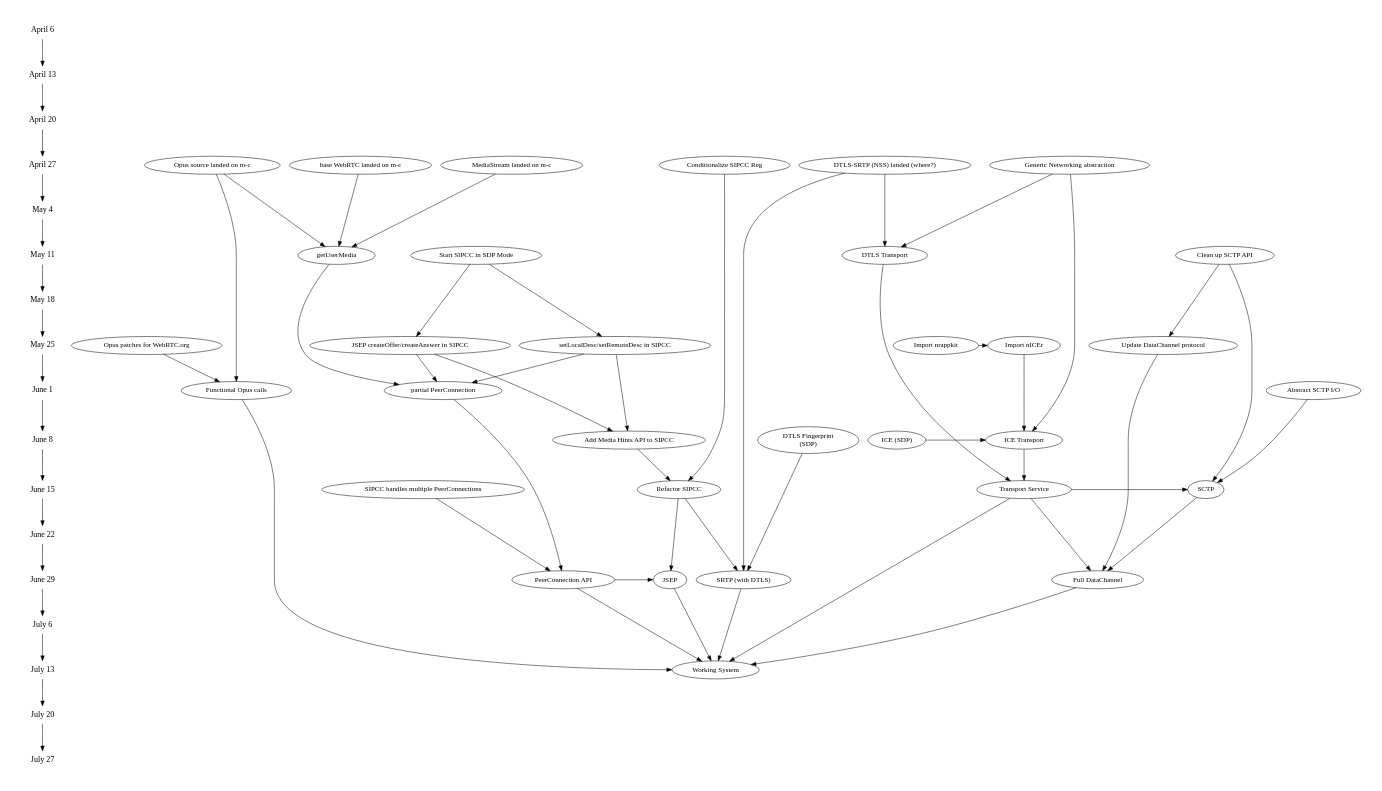
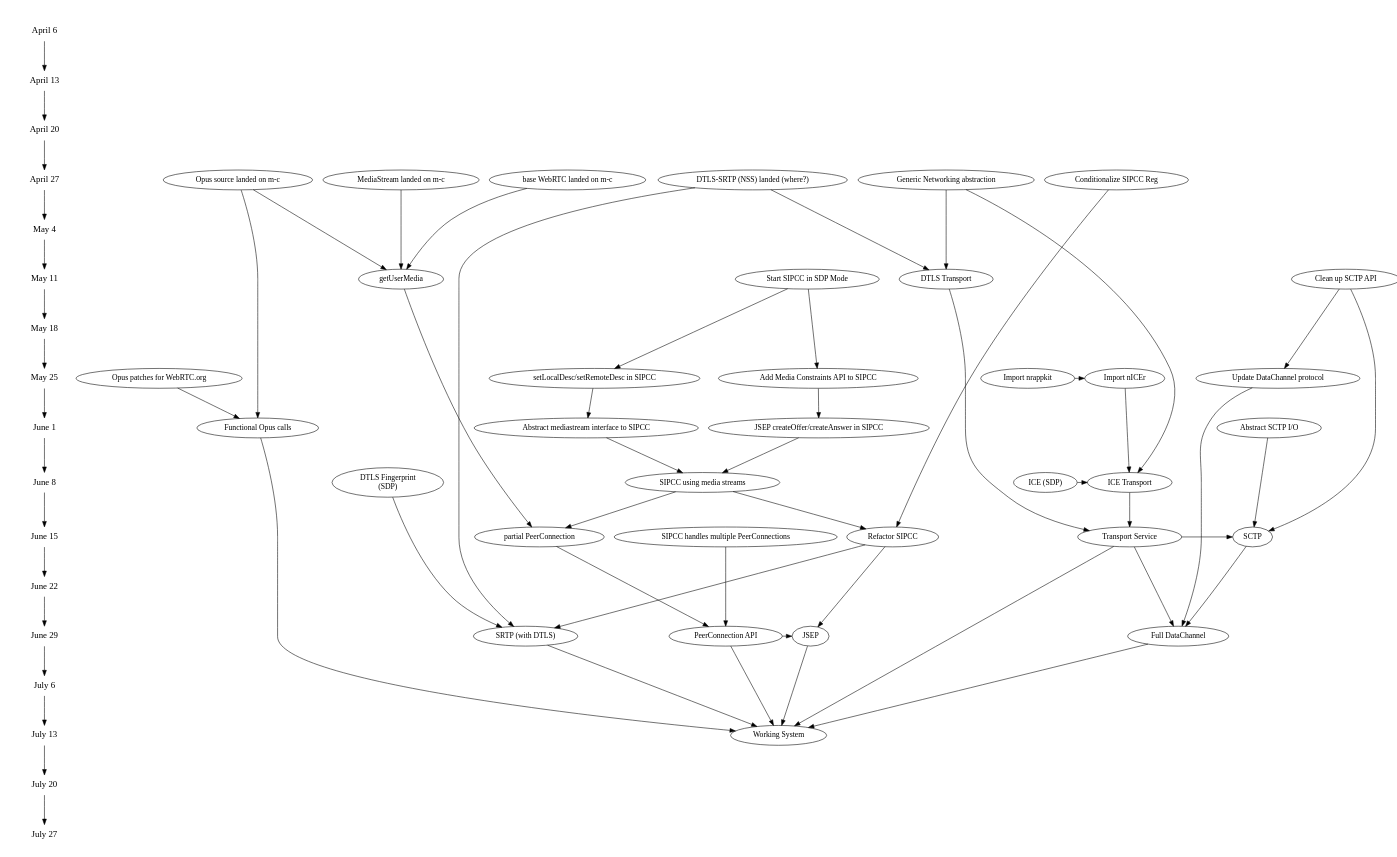
One commit to mozilla/webrtc changed the diagram in planning/webrtc.dot. Above: the diagram before and after it, drawn with Graphviz. The commit also changed 1 other file, not shown here.

Commit message:
Updated SIPCC graph from today's team meeting

```diff
--- a/planning/webrtc.dot
+++ b/planning/webrtc.dot
@@ -1,106 +1,109 @@
 digraph G {
 ranksep=.75; size = "7.5,7.5";
 {
 node [shape=plaintext, fontsize=16]; /* the time-line graph */ 
      "April 6" -> "April 13"-> "April 20"-> "April 27"-> "May 4"-> "May 11"-> "May 18"-> "May 25"-> "June 1"-> "June 8"-> "June 15"-> "June 22"-> "June 29"-> "July 6"-> "July 13"-> "July 20"-> "July 27"
 }
 
 	{rank = same; "April 27";
 	   webrtc [label = "base WebRTC landed on m-c"];
 	   mediastream [label = "MediaStream landed on m-c"];
 	   genericio [label = "Generic Networking abstraction"]
 	   dtlssrtp [label = "DTLS-SRTP (NSS) landed (where?)"]
 	   sipccnoreg [ label = "Conditionalize SIPCC Reg"]
 	   opussrc [label = "Opus source landed on m-c"]
         }
 
 	{rank = same; "May 11";
 	   getusermedia [label = "getUserMedia"]
 	   dtlstransport [label = "DTLS Transport" ];
 	   sctpupdate [label = "Clean up SCTP API"];
 	   sipccsdp [ label = "Start SIPCC in SDP Mode"];
 	}
 	dtlssrtp -> dtlstransport
 	genericio -> dtlstransport
 	opussrc -> getusermedia
 	
 	{rank = same; "May 25";
 	   nicer [label = "Import nICEr"];
 	   nrappkit [label = "Import nrappkit"];
-           sipccjsep [ label = "JSEP createOffer/createAnswer in SIPCC"];
 	   sipccsetdesc [ label = "setLocalDesc/setRemoteDesc in SIPCC"];
 	   datachannelupdate [label = "Update DataChannel protocol"];
 	   opuswebrtc [label = "Opus patches for WebRTC.org"];
+           sipccmediaconstraints [ label = "Add Media Constraints API to SIPCC"];
         }	   	   
 	nrappkit -> nicer
-        sipccsdp -> sipccjsep
-        sipccsdp->sipccsetdesc
+        sipccsdp -> sipccmediaconstraints
+        sipccsdp -> sipccsetdesc
 
 	{rank = same; "June 1";
-	   peerconnection_first [label = "partial PeerConnection"];
 	   sctpio [ label = "Abstract SCTP I/O"]
 	   opus [ label = "Functional Opus calls"];
+           sipccsetmediainterface [label ="Abstract mediastream interface to SIPCC"];
+           sipccjsep [ label = "JSEP createOffer/createAnswer in SIPCC"];
         }
-	sipccjsep -> peerconnection_first
-	sipccsetdesc -> peerconnection_first
 	getusermedia -> peerconnection_first
 	opussrc -> opus
 	opuswebrtc -> opus
+        sipccmediaconstraints -> sipccjsep
+        sipccsetdesc -> sipccsetmediainterface
 
 	{rank = same; "June 8";
 	   icetransport [ label = "ICE Transport"];
 	   dtlsfingerprint [ label = "DTLS Fingerprint\n(SDP)"];
 	   iceparams [label = "ICE (SDP)"];
-           sipccmediahints [ label = "Add Media Hints API to SIPCC"];
+           sipccusemediastreams [label = "SIPCC using media streams"];
 	}
 
 	nicer -> icetransport
-        sipccjsep -> sipccmediahints
-        sipccsetdesc -> sipccmediahints
+        sipccjsep -> sipccusemediastreams
+        sipccsetmediainterface -> sipccusemediastreams
 	genericio -> icetransport
 	iceparams -> icetransport
 
 	{rank = same; "June 15";
 	   transport [label = "Transport Service"];
 	   sctp [label = "SCTP"];
 	   sipccrefactor [label = "Refactor SIPCC"];
            sipccmultipeerconn [label = "SIPCC handles multiple PeerConnections"]
+	   peerconnection_first [label = "partial PeerConnection"];
 	 } 
 	 sipccnoreg -> sipccrefactor
-	 sipccmediahints -> sipccrefactor
+	 sipccusemediastreams -> sipccrefactor
 	 sipccrefactor -> "JSEP"
 	 dtlstransport -> transport
 	 icetransport -> transport
+	 sipccusemediastreams -> peerconnection_first
 
         {rank = same; "June 29"; 
 	   peerconnection [label = "PeerConnection API"]; JSEP;
 	   datachannel [label = "Full DataChannel"];
 	   srtp [label = "SRTP (with DTLS)"] }
         dtlsfingerprint -> srtp
 	dtlssrtp -> srtp
 	sipccrefactor -> srtp
         sipccmultipeerconn -> peerconnection
 
         {rank = same; "July 13"; 
 	   working [ label = "Working System" ] }
 	
         mediastream->getusermedia
 	webrtc->getusermedia
 	
 	transport -> working
 	transport -> datachannel
 	peerconnection_first -> peerconnection
 	peerconnection -> working
 	peerconnection -> "JSEP"
 	"JSEP" -> working
 	sctpio-> sctp
 	sctpupdate -> sctp
 	sctpupdate -> datachannelupdate
 	datachannelupdate -> datachannel
 	sctp -> datachannel
 	transport ->sctp
 	datachannel -> working
 	srtp -> working
 
 	opus -> working
 }
```
